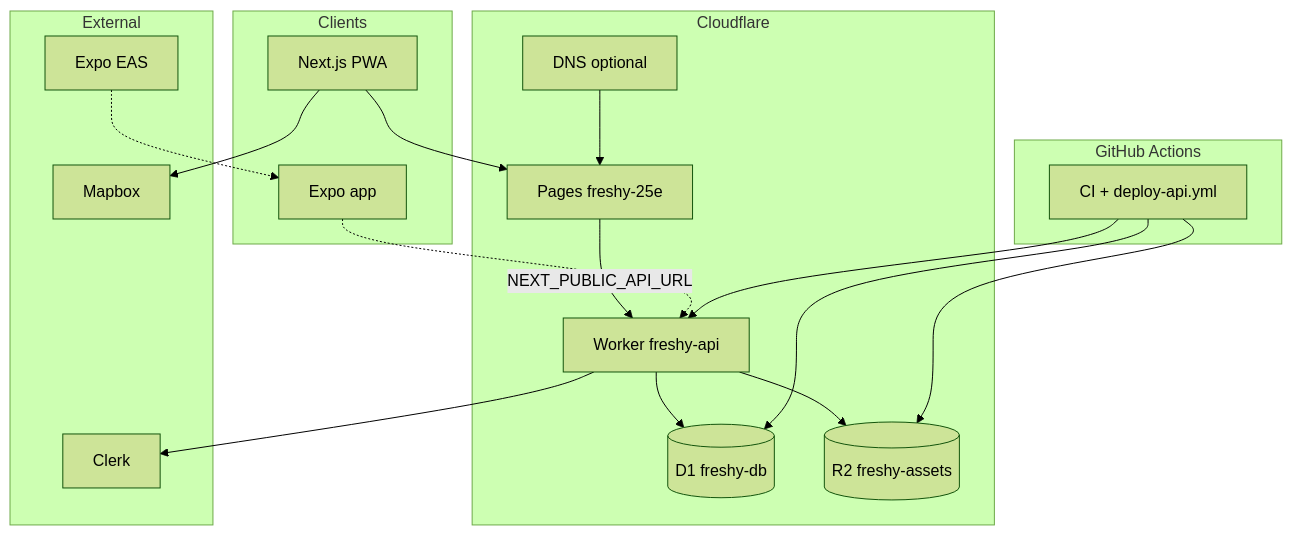
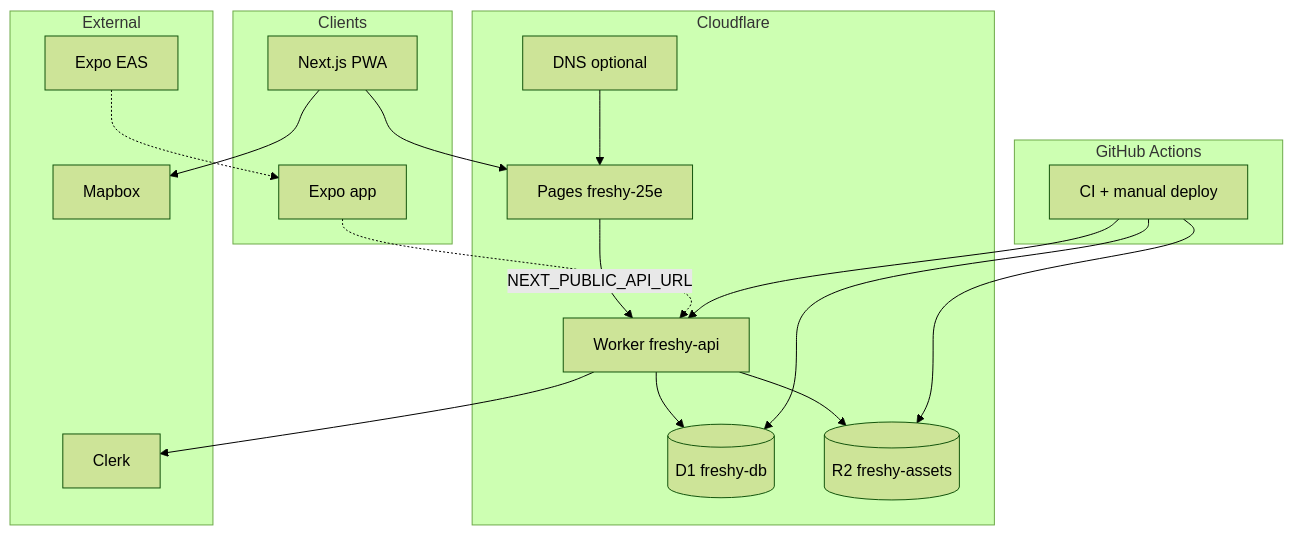
The second of 2 diagrams in docs/infrastructure.md (alexandrelheinen/freshy), drawn with Mermaid (forest theme) before and after one commit. The commit also changed 43 other files, not shown here.

````diff
--- a/docs/infrastructure.md
+++ b/docs/infrastructure.md
@@ -80,38 +80,38 @@
 ```mermaid
 flowchart TB
     subgraph clients [Clients]
         Web[Next.js PWA]
         Mobile[Expo app]
     end
 
     subgraph cf [Cloudflare]
         Pages[Pages freshy-25e]
         Worker[Worker freshy-api]
         D1[(D1 freshy-db)]
         R2[(R2 freshy-assets)]
         DNS[DNS optional]
     end
 
     subgraph external [External]
         Mapbox[Mapbox]
         EAS[Expo EAS]
         Clerk[Clerk]
     end
 
     subgraph ci [GitHub Actions]
-        GHA[CI + deploy-api.yml]
+        GHA[CI + manual deploy]
     end
 
     Web --> Pages
     Pages -->|NEXT_PUBLIC_API_URL| Worker
     Mobile -.-> Worker
     Worker --> D1
     Worker --> R2
     Web --> Mapbox
     Worker --> Clerk
     GHA --> Worker
     GHA --> D1
     GHA --> R2
     EAS -.-> Mobile
     DNS --> Pages
 ```
````
